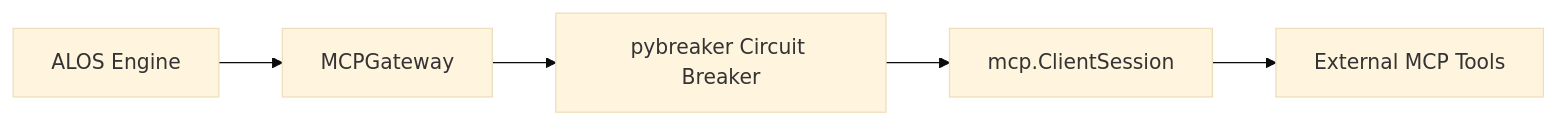
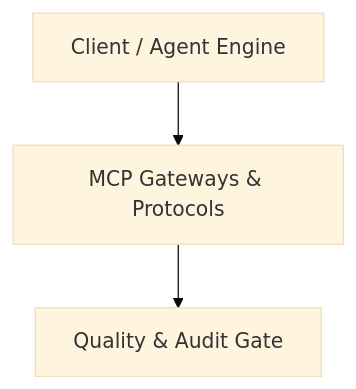
Before and after one commit to brandon-fox/alos: the diagram in specs/13-mcp-gateways-and-protocols/plan.md, drawn with Mermaid (base theme). The commit also changed other lines of this file and 48 other files, not shown here.

````diff
--- a/specs/13-mcp-gateways-and-protocols/plan.md
+++ b/specs/13-mcp-gateways-and-protocols/plan.md
@@ -3,7 +5,5 @@
 ```mermaid
-graph LR
-    Graph[ALOS Engine] --> Gateway[MCPGateway]
-    Gateway --> Circuit[pybreaker Circuit Breaker]
-    Circuit --> ClientSession[mcp.ClientSession]
-    ClientSession --> Server[External MCP Tools]
+graph TD
+    Client[Client / Agent Engine] --> Component[MCP Gateways & Protocols]
+    Component --> QualityGate[Quality & Audit Gate]
 ```
````
